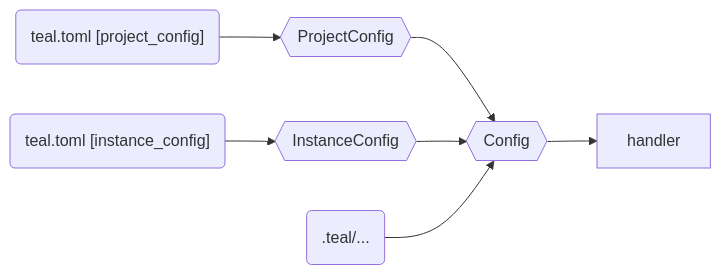
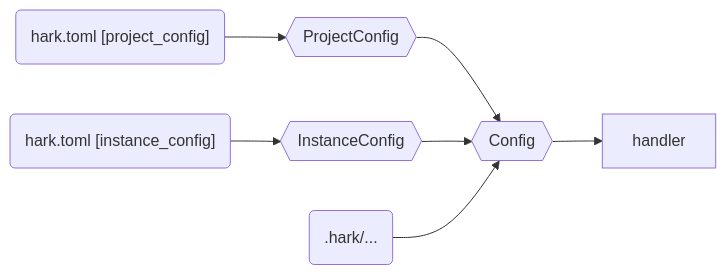
One commit to condense9/hark-lang changed the third of 4 diagrams in guide/src/vm/source-to-success-cli.md. Above: the diagram before and after it, drawn with Mermaid. The commit also changed other lines of this file and 194 other files, not shown here.

````diff
--- a/guide/src/vm/source-to-success-cli.md
+++ b/guide/src/vm/source-to-success-cli.md
@@ -74,13 +74,13 @@
 ```mermaid
 graph LR;
   ic{{InstanceConfig}}
   pc{{ProjectConfig}}
-  dir(".teal/...")
-  f1("teal.toml [instance_config]") --> ic
-  f2("teal.toml [project_config]") --> pc
+  dir(".hark/...")
+  f1("hark.toml [instance_config]") --> ic
+  f2("hark.toml [project_config]") --> pc
   config{{Config}}
   pc --> config
   ic --> config
   dir --> config
   config --> h[handler]
 ```
````
